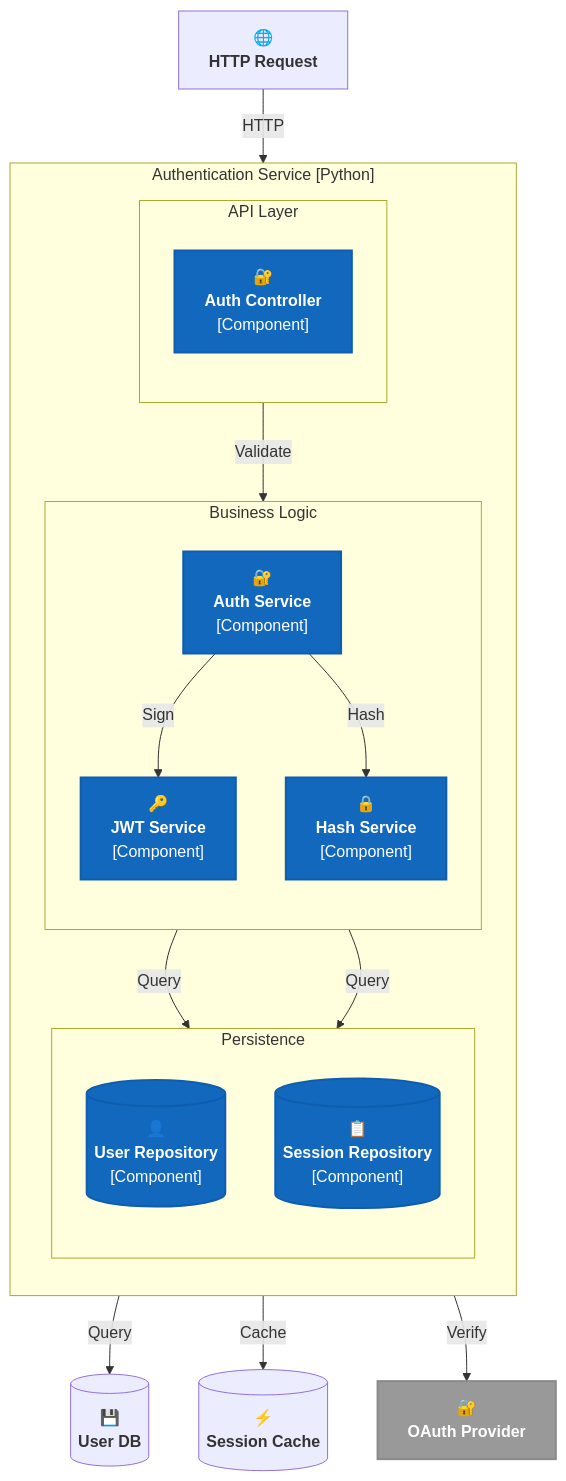
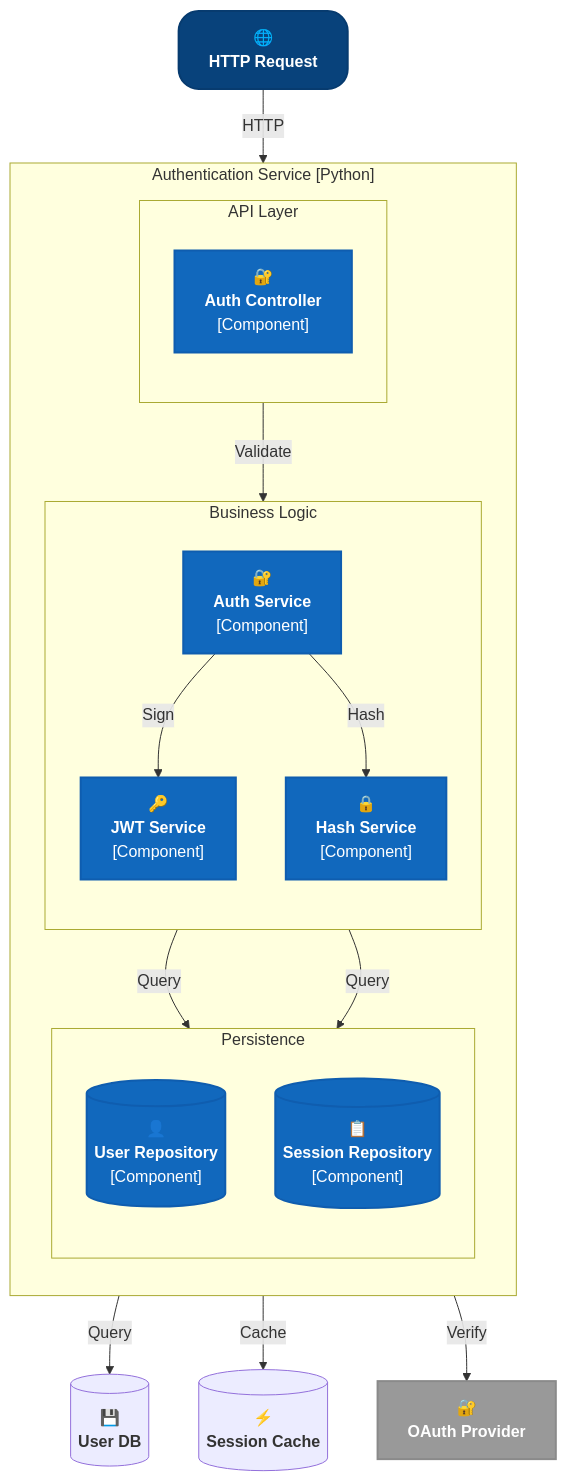
One commit to LockTar/C4-Modeling-in-Mermaid changed the third of 5 diagrams in .github/skills/c4-mermaid-diagrams/references/C4-Component-Diagram-Mermaid-Flowchart-Cheatsheet.md. Above: the diagram before and after it, drawn with Mermaid. The commit also changed other lines of this file and 3 other files, not shown here.

Commit message:
Update C4 Mermaid Flowchart Cheatsheets to include Person and PersonExt class definitions for improved diagram clarity

````diff
--- a/.github/skills/c4-mermaid-diagrams/references/C4-Component-Diagram-Mermaid-Flowchart-Cheatsheet.md
+++ b/.github/skills/c4-mermaid-diagrams/references/C4-Component-Diagram-Mermaid-Flowchart-Cheatsheet.md
@@ -151,53 +155,55 @@
 ```mermaid
 flowchart TB
+    classDef Person fill:#08427b,stroke:#073b6f,color:#fff,rx:20px,ry:20px,stroke-width:2px;
     classDef Component fill:#1168bd,stroke:#0f5daf,color:#fff,stroke-width:2px;
     classDef ComponentDb fill:#1168bd,stroke:#0f5daf,color:#fff,stroke-width:2px;
     classDef ComponentExt fill:#999999,stroke:#8a8a8a,color:#fff,stroke-width:2px;
 
     request["🌐<br/><b>HTTP Request</b>"]
 
     subgraph container["Authentication Service [Python]"]
         direction TB
 
         subgraph handlers["API Layer"]
             direction TB
             authctrl["🔐<br/><b>Auth Controller</b><br/>[Component]"]
         end
 
         subgraph logic["Business Logic"]
             direction TB
             authsvc["🔐<br/><b>Auth Service</b><br/>[Component]"]
             jwtsvc["🔑<br/><b>JWT Service</b><br/>[Component]"]
             hashsvc["🔒<br/><b>Hash Service</b><br/>[Component]"]
         end
 
         subgraph persistence["Persistence"]
             direction TB
             userrepo[("👤<br/><b>User Repository</b><br/>[Component]")]
             sessionrepo[("📋<br/><b>Session Repository</b><br/>[Component]")]
         end
 
         class authctrl,authsvc,jwtsvc,hashsvc Component
         class userrepo,sessionrepo ComponentDb
 
         authctrl -->|"Validate"| authsvc
         authsvc -->|"Sign"| jwtsvc
         authsvc -->|"Hash"| hashsvc
 
         authsvc -->|"Query"| userrepo
         authsvc -->|"Query"| sessionrepo
     end
 
     db[("💾<br/><b>User DB</b>")]
     cache[("⚡<br/><b>Session Cache</b>")]
     oauthprov["🔐<br/><b>OAuth Provider</b>"]
 
+    class request Person
     class oauthprov ComponentExt
 
     request -->|"HTTP"| authctrl
 
     userrepo -->|"Query"| db
     sessionrepo -->|"Cache"| cache
 
     authsvc -->|"Verify"| oauthprov
 ```
````
